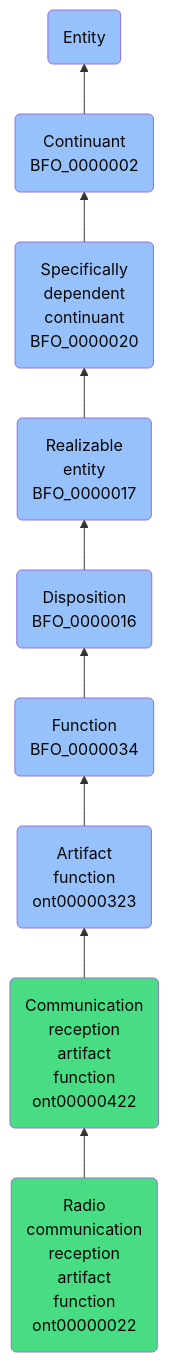
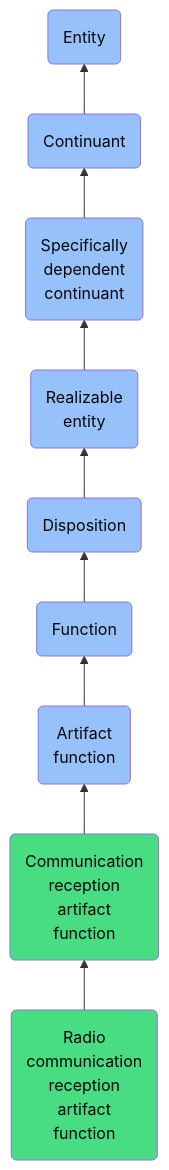
The diagram in docs/ontology/reference/model/Entity/Continuant/Specifically dependent continuant/Realizable entity/Disposition/Function/Artifact function/Communication reception artifact function/Radio communication reception artifact function/Radio communication reception artifact function.md (jupyter-naas/abi), drawn with Mermaid before and after one commit. The commit also changed other lines of this file and 1430 other files, not shown here.

````diff
--- a/docs/ontology/reference/model/Entity/Continuant/Specifically dependent continuant/Realizable entity/Disposition/Function/Artifact function/Communication reception artifact function/Radio communication reception artifact function/Radio communication reception artifact function.md
+++ b/docs/ontology/reference/model/Entity/Continuant/Specifically dependent continuant/Realizable entity/Disposition/Function/Artifact function/Communication reception artifact function/Radio communication reception artifact function/Radio communication reception artifact function.md
@@ -24,16 +24,16 @@
 ```mermaid
 graph BT
-    ont00000022(Radio<br>communication<br>reception<br>artifact<br>function<br>ont00000022):::ABI-->ont00000422
-    ont00000422(Communication<br>reception<br>artifact<br>function<br>ont00000422):::ABI-->ont00000323
-    ont00000323(Artifact<br>function<br>ont00000323):::BFO-->BFO_0000034
-    BFO_0000034(Function<br>BFO_0000034):::BFO-->BFO_0000016
-    BFO_0000016(Disposition<br>BFO_0000016):::BFO-->BFO_0000017
-    BFO_0000017(Realizable<br>entity<br>BFO_0000017):::BFO-->BFO_0000020
-    BFO_0000020(Specifically<br>dependent<br>continuant<br>BFO_0000020):::BFO-->BFO_0000002
-    BFO_0000002(Continuant<br>BFO_0000002):::BFO-->BFO_0000001
+    ont00000022(Radio<br>communication<br>reception<br>artifact<br>function):::ABI-->ont00000422
+    ont00000422(Communication<br>reception<br>artifact<br>function):::ABI-->ont00000323
+    ont00000323(Artifact<br>function):::BFO-->BFO_0000034
+    BFO_0000034(Function):::BFO-->BFO_0000016
+    BFO_0000016(Disposition):::BFO-->BFO_0000017
+    BFO_0000017(Realizable<br>entity):::BFO-->BFO_0000020
+    BFO_0000020(Specifically<br>dependent<br>continuant):::BFO-->BFO_0000002
+    BFO_0000002(Continuant):::BFO-->BFO_0000001
     BFO_0000001(Entity):::BFO
     
     classDef BFO fill:#97c1fb,color:#060606
     classDef CCO fill:#e4c51e,color:#060606
     classDef ABI fill:#48DD82,color:#060606
 ```
````
